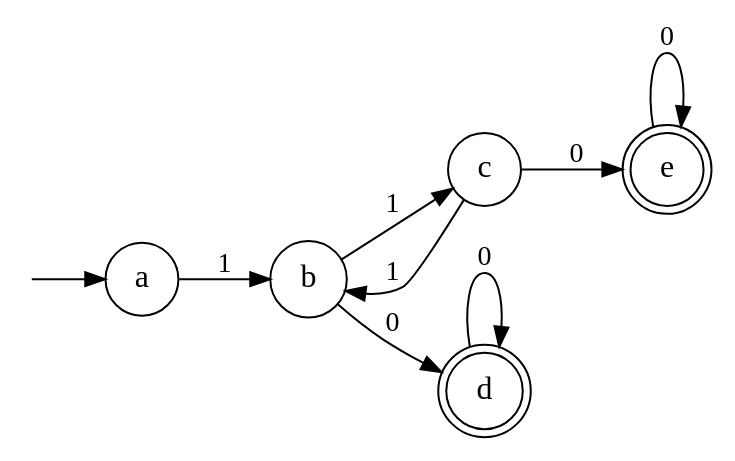
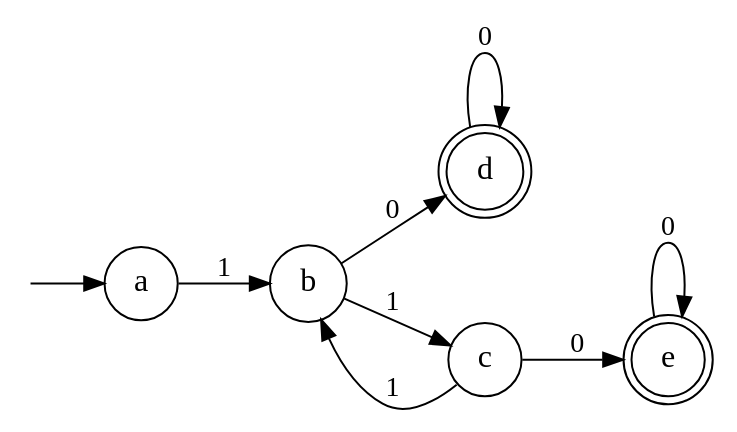
One commit to amowy/automaton changed the diagram in resources/automaton2_complete.dot. Above: the diagram before and after it, drawn with Graphviz. The commit also changed other lines of this file and 4 other files, not shown here.

```diff
--- a/resources/automaton2_complete.dot
+++ b/resources/automaton2_complete.dot
@@ -1,21 +1,21 @@
 digraph G {
     ranksep=0.5;
     nodesep=0.5;
     rankdir=LR;
     node [shape="circle", fontsize="16"];
     fontsize="10";
     compound=true;
 
     ia [shape=point, style=invis];
     e [shape=doublecircle];
     d [shape=doublecircle];
 
     ia -> a;
+    e -> e [label="0"];
+    a -> b [label="1"];
+    b -> d [label="0"];
     c -> b [label="1"];
     c -> e [label="0"];
-    e -> e [label="0"];
+    d -> d [label="0"];
     b -> c [label="1"];
-    a -> b [label="1"];
-    b -> d [label="0"];
-    d -> d [label="0"];
 }
```
